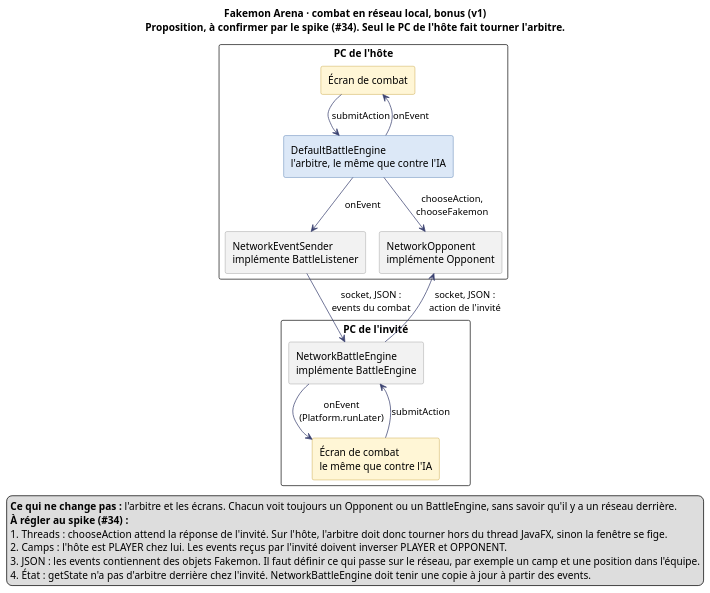
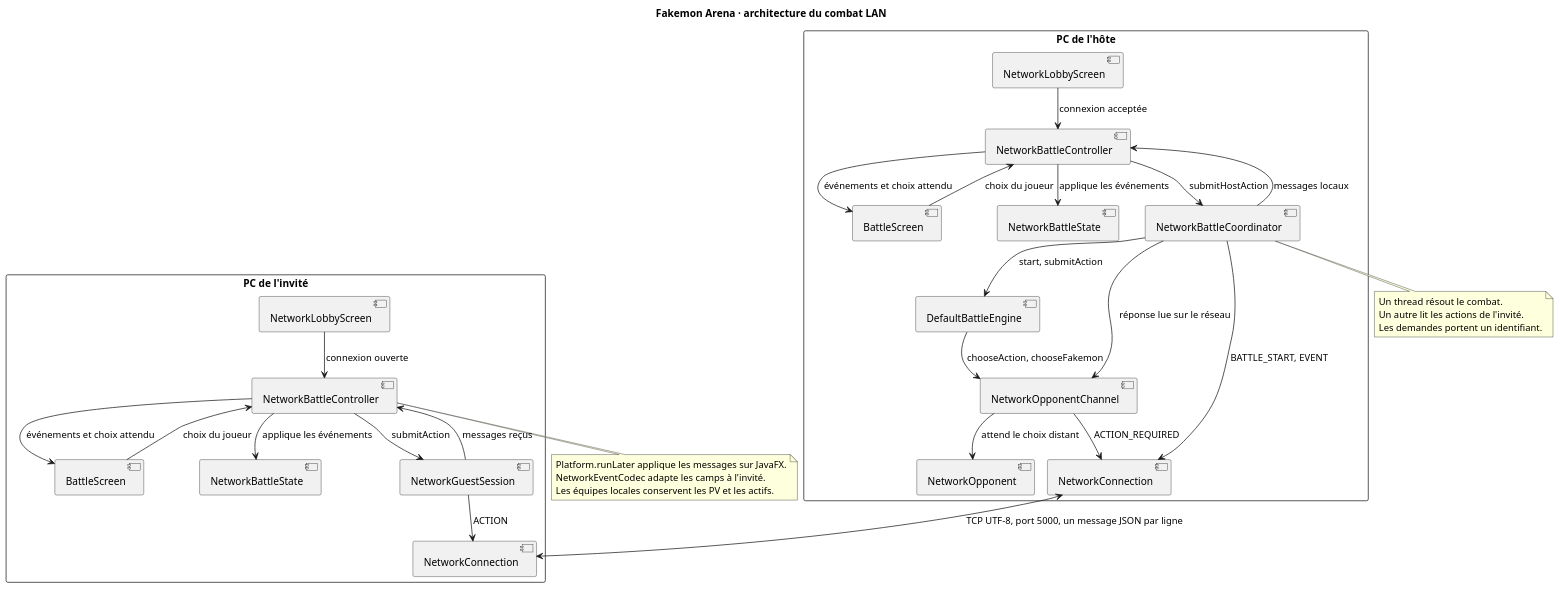
The diagram in docs/uml/architecture-lan.puml (OnerAliCan/fakemon-arena), drawn with PlantUML before and after one commit. The commit also changed 63 other files, not shown here.

First line of the commit message:
feat: ajoute le Mondex et les fiches détaillées des Fakemon (#45) (#71)

```diff
--- a/docs/uml/architecture-lan.puml
+++ b/docs/uml/architecture-lan.puml
@@ -1,50 +1,59 @@
 @startuml architecture-lan
 !pragma layout smetana
 skinparam dpi 110
 skinparam shadowing false
 skinparam defaultFontName "Segoe UI"
 skinparam packageStyle rectangle
-skinparam ArrowColor #3A4170
-skinparam rectangle {
-  BackgroundColor<<devA>> #DCE8F7
-  BorderColor<<devA>> #2F5F9E
-  BackgroundColor<<devB>> #FFF6D6
-  BorderColor<<devB>> #B8901A
-  BackgroundColor<<bonus>> #F2F2F2
-  BorderColor<<bonus>> #888888
-}
-hide stereotype
-title Fakemon Arena · combat en réseau local, bonus (v1)\nProposition, à confirmer par le spike (#34). Seul le PC de l'hôte fait tourner l'arbitre.
+title Fakemon Arena · architecture du combat LAN
 
 package "PC de l'hôte" {
-  rectangle "Écran de combat" as EcranHote <<devB>>
-  rectangle "DefaultBattleEngine\nl'arbitre, le même que contre l'IA" as Engine <<devA>>
-  rectangle "NetworkOpponent\nimplémente Opponent" as NetOpp <<bonus>>
-  rectangle "NetworkEventSender\nimplémente BattleListener" as NetSend <<bonus>>
+  [NetworkLobbyScreen] as LobbyHost
+  [BattleScreen] as ScreenHost
+  [NetworkBattleController] as ControllerHost
+  [NetworkBattleCoordinator] as Coordinator
+  [DefaultBattleEngine] as Engine
+  [NetworkOpponentChannel] as Channel
+  [NetworkOpponent] as Opponent
+  [NetworkConnection] as ConnectionHost
+  [NetworkBattleState] as StateHost
 }
+package "PC de l'invité" {
+  [NetworkLobbyScreen] as LobbyGuest
+  [BattleScreen] as ScreenGuest
+  [NetworkBattleController] as ControllerGuest
+  [NetworkGuestSession] as Guest
+  [NetworkConnection] as ConnectionGuest
+  [NetworkBattleState] as StateGuest
+}
+LobbyHost --> ControllerHost : connexion acceptée
+LobbyGuest --> ControllerGuest : connexion ouverte
+ScreenHost --> ControllerHost : choix du joueur
+ControllerHost --> Coordinator : submitHostAction
+Coordinator --> Engine : start, submitAction
+Engine --> Channel : chooseAction, chooseFakemon
+Channel --> Opponent : attend le choix distant
+Coordinator --> Channel : réponse lue sur le réseau
+Channel --> ConnectionHost : ACTION_REQUIRED
+Coordinator --> ConnectionHost : BATTLE_START, EVENT
+Coordinator --> ControllerHost : messages locaux
+ControllerHost --> StateHost : applique les événements
+ControllerHost --> ScreenHost : événements et choix attendu
+ScreenGuest --> ControllerGuest : choix du joueur
+ControllerGuest --> Guest : submitAction
+Guest --> ConnectionGuest : ACTION
+ConnectionHost <--> ConnectionGuest : TCP UTF-8, port 5000, un message JSON par ligne
+Guest --> ControllerGuest : messages reçus
+ControllerGuest --> StateGuest : applique les événements
+ControllerGuest --> ScreenGuest : événements et choix attendu
 
-package "PC de l'invité" {
-  rectangle "NetworkBattleEngine\nimplémente BattleEngine" as NetEngine <<bonus>>
-  rectangle "Écran de combat\nle même que contre l'IA" as EcranInvite <<devB>>
-}
-
-EcranHote --> Engine : submitAction
-Engine --> EcranHote : onEvent
-Engine --> NetOpp : chooseAction,\nchooseFakemon
-Engine --> NetSend : onEvent
-
-EcranInvite --> NetEngine : submitAction
-NetEngine --> EcranInvite : onEvent\n(Platform.runLater)
-
-NetEngine --> NetOpp : socket, JSON :\naction de l'invité
-NetSend --> NetEngine : socket, JSON :\nevents du combat
-
-legend bottom left
-  <b>Ce qui ne change pas :</b> l'arbitre et les écrans. Chacun voit toujours un Opponent ou un BattleEngine, sans savoir qu'il y a un réseau derrière.
-  <b>À régler au spike (#34) :</b>
-  1. Threads : chooseAction attend la réponse de l'invité. Sur l'hôte, l'arbitre doit donc tourner hors du thread JavaFX, sinon la fenêtre se fige.
-  2. Camps : l'hôte est PLAYER chez lui. Les events reçus par l'invité doivent inverser PLAYER et OPPONENT.
-  3. JSON : les events contiennent des objets Fakemon. Il faut définir ce qui passe sur le réseau, par exemple un camp et une position dans l'équipe.
-  4. État : getState n'a pas d'arbitre derrière chez l'invité. NetworkBattleEngine doit tenir une copie à jour à partir des events.
-endlegend
+note bottom of Coordinator
+  Un thread résout le combat.
+  Un autre lit les actions de l'invité.
+  Les demandes portent un identifiant.
+end note
+note bottom of ControllerGuest
+  Platform.runLater applique les messages sur JavaFX.
+  NetworkEventCodec adapte les camps à l'invité.
+  Les équipes locales conservent les PV et les actifs.
+end note
 @enduml
```
